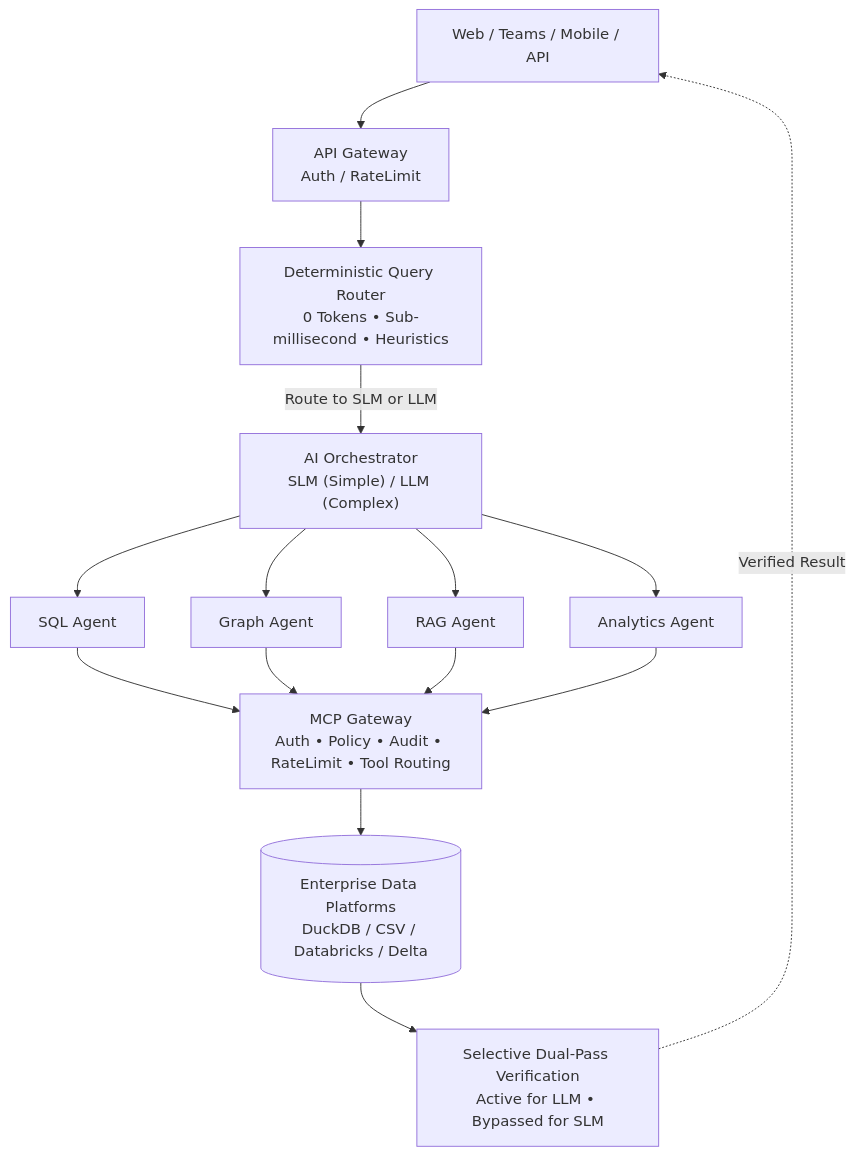
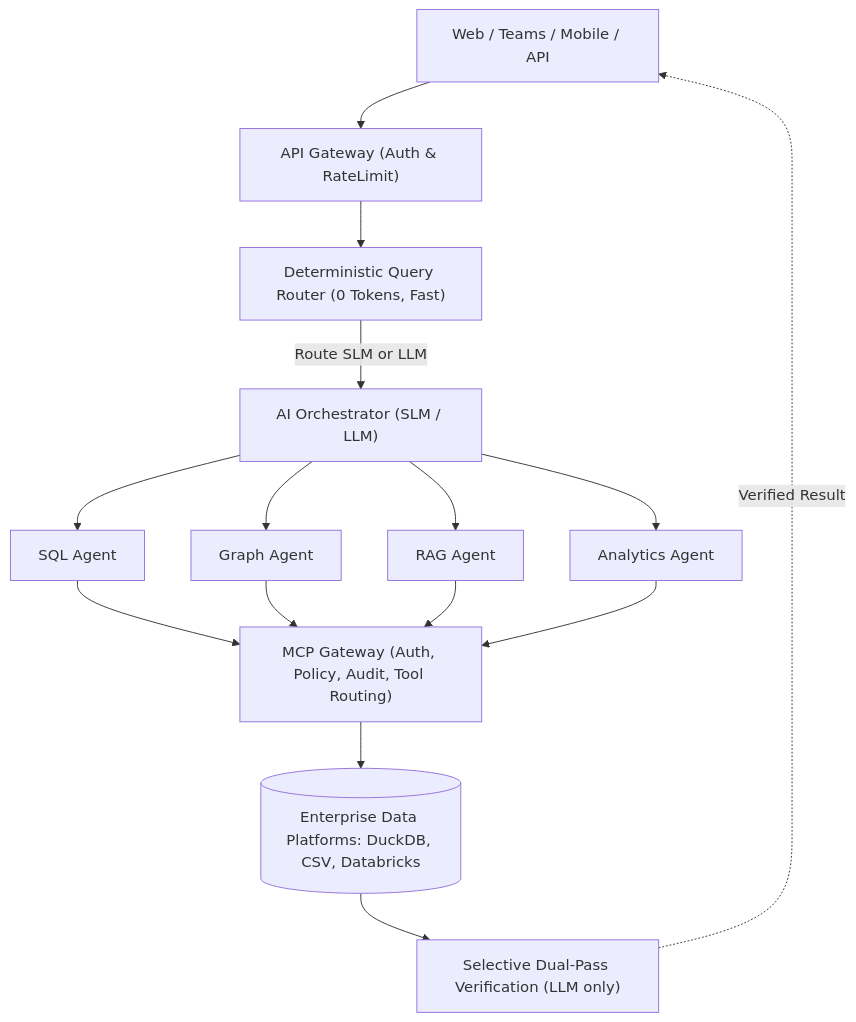
Before and after one commit to Soumyadipta2020/Utilities-Knowledge-Hub: the diagram in README.md, drawn with Mermaid.

Commit message:
Fix Mermaid flowchart syntax compatibility for GitHub

````diff
--- a/README.md
+++ b/README.md
@@ -143,39 +143,34 @@
 ```mermaid
 flowchart TD
     Client["Web / Teams / Mobile / API"]
-    
-    APIGateway["API Gateway<br>Auth / RateLimit"]
-    
-    Classifier["Deterministic Query Router<br>0 Tokens • Sub-millisecond • Heuristics"]
-    
-    Orchestrator["AI Orchestrator<br>SLM (Simple) / LLM (Complex)"]
+    APIGateway["API Gateway (Auth & RateLimit)"]
+    Classifier["Deterministic Query Router (0 Tokens, Fast)"]
+    Orchestrator["AI Orchestrator (SLM / LLM)"]
     
     SQLAgent["SQL Agent"]
     GraphAgent["Graph Agent"]
     RAGAgent["RAG Agent"]
     AnalyticsAgent["Analytics Agent"]
     
-    MCPGateway["MCP Gateway<br>Auth • Policy • Audit • RateLimit • Tool Routing"]
-    
-    DataSources[("Enterprise Data Platforms<br>DuckDB / CSV / Databricks / Delta")]
-    
-    Verification["Selective Dual-Pass Verification<br>Active for LLM • Bypassed for SLM"]
+    MCPGateway["MCP Gateway (Auth, Policy, Audit, Tool Routing)"]
+    DataSources[("Enterprise Data Platforms: DuckDB, CSV, Databricks")]
+    Verification["Selective Dual-Pass Verification (LLM only)"]
 
     Client --> APIGateway
     APIGateway --> Classifier
-    Classifier -->|Route to SLM or LLM| Orchestrator
+    Classifier -- "Route SLM or LLM" --> Orchestrator
     
     Orchestrator --> SQLAgent
     Orchestrator --> GraphAgent
     Orchestrator --> RAGAgent
     Orchestrator --> AnalyticsAgent
     
     SQLAgent --> MCPGateway
     GraphAgent --> MCPGateway
     RAGAgent --> MCPGateway
     AnalyticsAgent --> MCPGateway
     
     MCPGateway --> DataSources
     DataSources --> Verification
-    Verification -.->|Verified Result| Client
+    Verification -. "Verified Result" .-> Client
 ```
````
